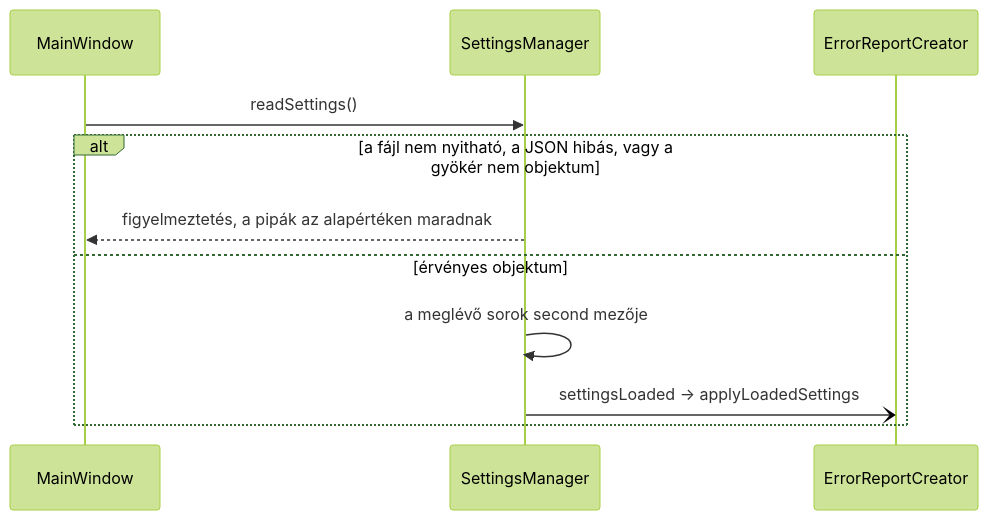
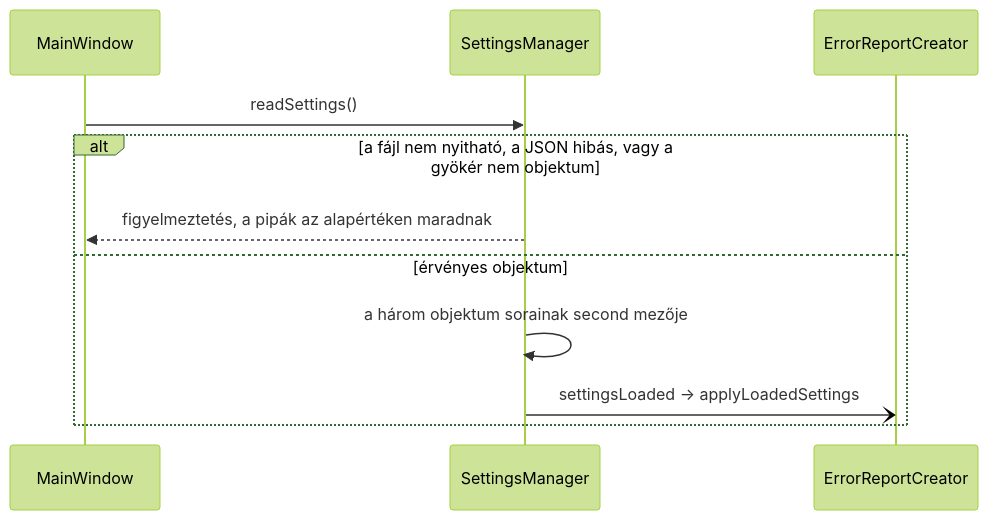
The seventh of 9 diagrams in DEVELOP.md (vajdaakos/KikuldetesiRendelvenyEllenorzo), drawn with Mermaid (forest theme) before and after one commit. The commit also changed other lines of this file, not shown here.

````diff
--- a/DEVELOP.md
+++ b/DEVELOP.md
@@ -293,14 +296,14 @@
 ```mermaid
 sequenceDiagram
     participant Ablak as MainWindow
     participant Beállítások as SettingsManager
     participant Riport as ErrorReportCreator
 
     Ablak->>Beállítások: readSettings()
     alt a fájl nem nyitható, a JSON hibás, vagy a gyökér nem objektum
         Beállítások-->>Ablak: figyelmeztetés, a pipák az alapértéken maradnak
     else érvényes objektum
-        Beállítások->>Beállítások: a meglévő sorok second mezője
+        Beállítások->>Beállítások: a három objektum sorainak second mezője
         Beállítások-)Riport: settingsLoaded → applyLoadedSettings
     end
 ```
````
